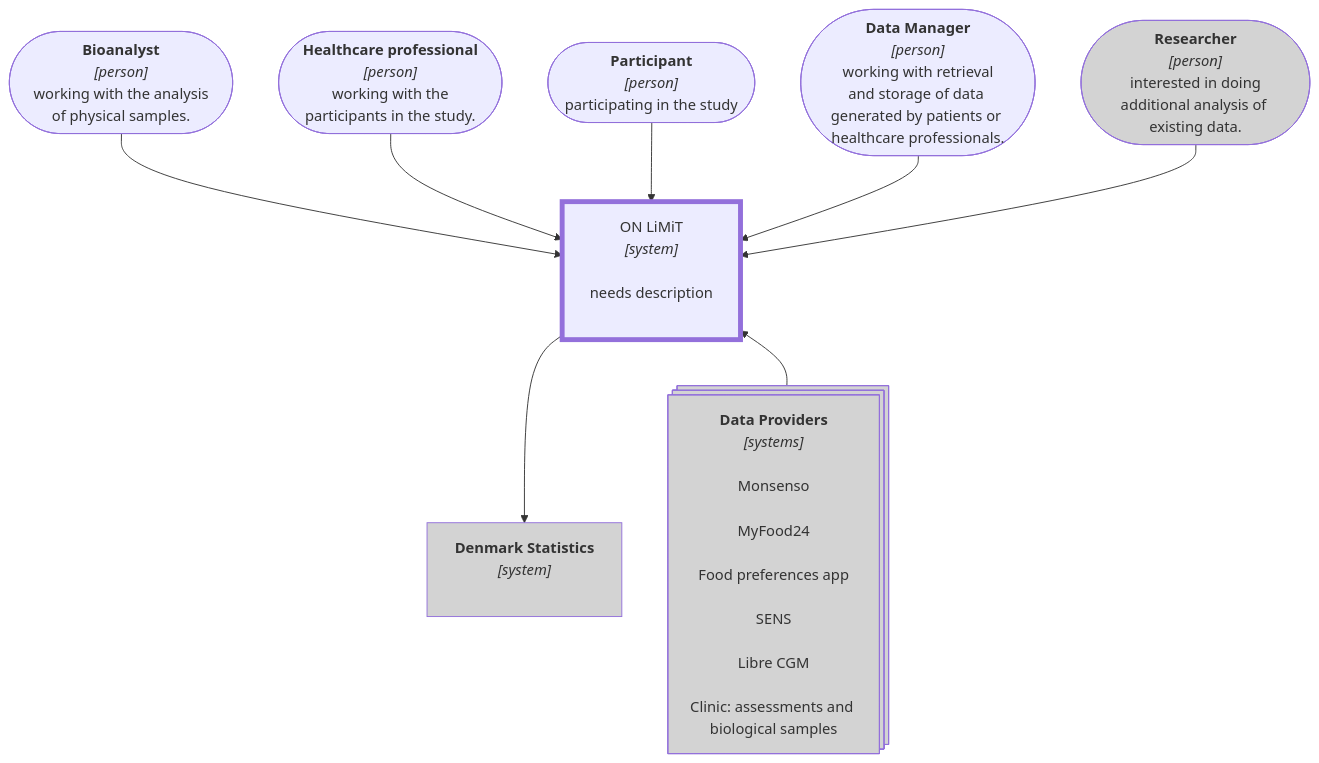
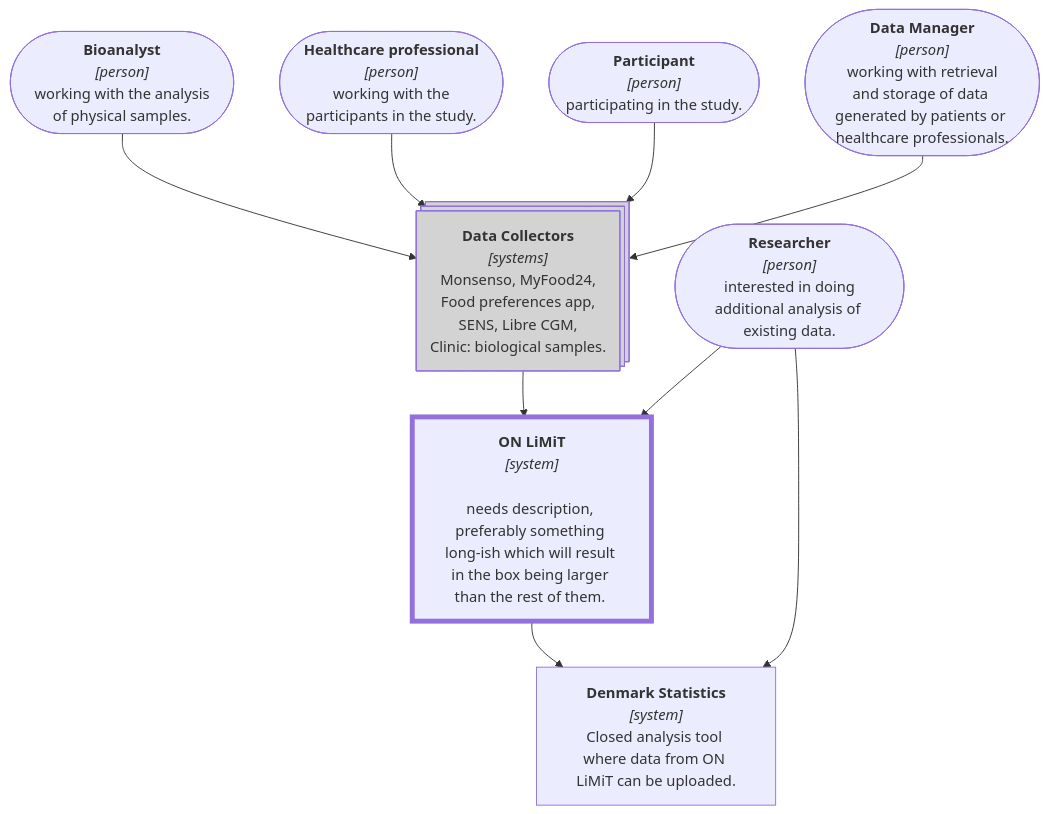
The diagram in documents/C4-level.md (onlimit-study/dmp), drawn with Mermaid before and after one commit. The commit also changed other lines of this file, not shown here.

Commit message:
docs: add container diagram

````diff
--- a/documents/C4-level.md
+++ b/documents/C4-level.md
@@ -10,28 +10,27 @@
 ```{mermaid}
 %%| label: fig-c4-context
 %%| fig-width: 6.3
 %%| fig-cap: "C4 Context diagram showing a very basic overview of ON LiMiT, its anticipated users, and data providers."
 flowchart TD
 Bioanalyst@{shape: stadium, label: "<b>Bioanalyst</b><br><i>[person]</i><br> working with the analysis of physical samples."}
 Healthprof@{shape: stadium, label: "<b>Healthcare professional</b><br><i>[person]</i><br> working with the participants in the study."}
-Participant@{shape: stadium, label: "<b>Participant</b><br><i>[person]</i><br> participating in the study"}
+Participant@{shape: stadium, label: "<b>Participant</b><br><i>[person]</i><br> participating in the study."}
 Datamanager@{shape: stadium, label: "<b>Data Manager</b><br><i>[person]</i><br> working with retrieval and storage of data generated by patients or healthcare professionals."}
 Researcher@{shape: stadium, label: "<b>Researcher</b><br><i>[person]</i><br> interested in doing additional analysis of existing data."}
 
-onlimit@{shape: proc, label: "ON LiMiT<br><i>[system]</i><br><br>needs description<br><br>"}
-DS@{shape: proc, label: "<b>Denmark Statistics</b><br><i>[system]</i><br><br>"}
-DP@{ shape: procs, label: "<b>Data Providers</b><br><i>[systems]</i><br><br>Monsenso<br><br>MyFood24<br><br>Food preferences app<br><br>SENS<br><br>Libre CGM<br><br>Clinic: assessments and biological samples"}
+onlimit@{shape: proc, label: "<b>ON LiMiT</b><br><i>[system]</i><br><br>needs description, preferably something long-ish which will result in the box being larger than the rest of them. "}
+DS@{shape: proc, label: "<b>Denmark Statistics</b><br><i>[system]</i><br>Closed analysis tool where data from ON LiMiT can be uploaded."}
+DP@{ shape: procs, label: "<b>Data Collectors</b><br><i>[systems]</i><br>Monsenso, MyFood24,<br>Food preferences app,<br>SENS, Libre CGM,<br>Clinic: biological samples."}
 
-Bioanalyst --> onlimit:::system
-Healthprof --> onlimit
-Participant --> onlimit
-Datamanager --> onlimit
-Researcher:::external --> onlimit
-onlimit --> DS:::external
-
-onlimit ~~~ DP:::external
-DP --> onlimit
+Bioanalyst --> DP:::external
+Healthprof --> DP
+Participant --> DP
+Datamanager --> DP
+DP --> onlimit:::system
+Researcher --> onlimit
+onlimit --> DS
+Researcher --> DS
 
 classDef system stroke-width:4pt
 classDef external fill:lightgrey
 ```
````
